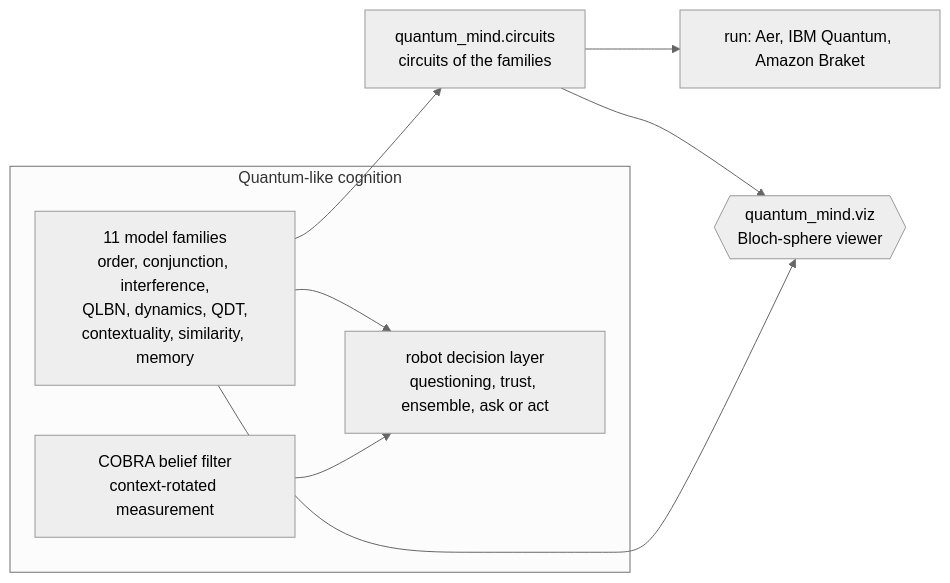
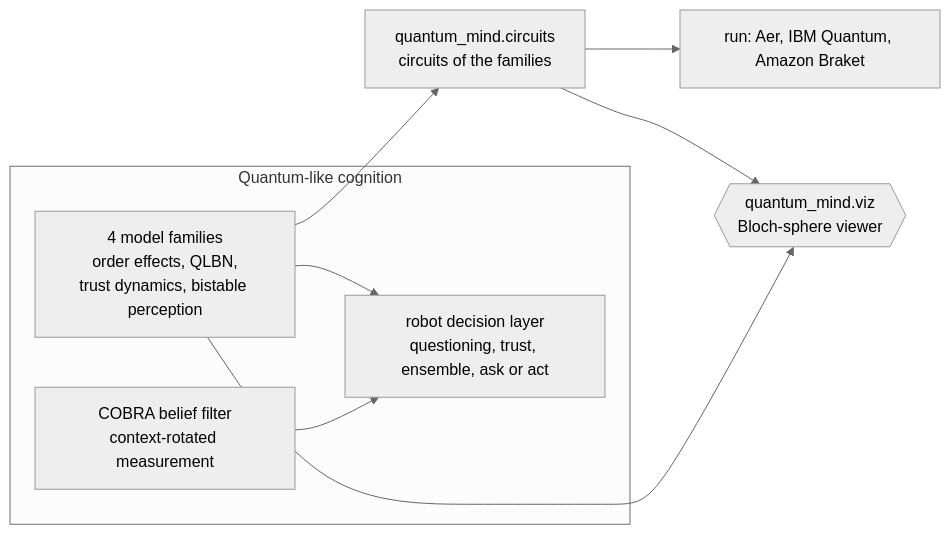
The diagram in docs/concepts.md (yeshwanthguru/Quantum-mind), drawn with Mermaid (neutral theme) before and after one commit. The commit also changed other lines of this file and 105 other files, not shown here.

````diff
--- a/docs/concepts.md
+++ b/docs/concepts.md
@@ -21,16 +21,16 @@
 ```mermaid
 flowchart LR
     subgraph QL[Quantum-like cognition]
-      F[11 model families<br/>order, conjunction, interference,<br/>QLBN, dynamics, QDT,<br/>contextuality, similarity, memory]
+      F[4 model families<br/>order effects, QLBN,<br/>trust dynamics, bistable perception]
       B[COBRA belief filter<br/>context-rotated measurement]
       R[robot decision layer<br/>questioning, trust, ensemble, ask or act]
     end
     C[quantum_mind.circuits<br/>circuits of the families]
     V{{quantum_mind.viz<br/>Bloch-sphere viewer}}
     F --> R
     B --> R
     F --> C
     C --> H[run: Aer, IBM Quantum, Amazon Braket]
     C --> V
     F --> V
 ```
````
